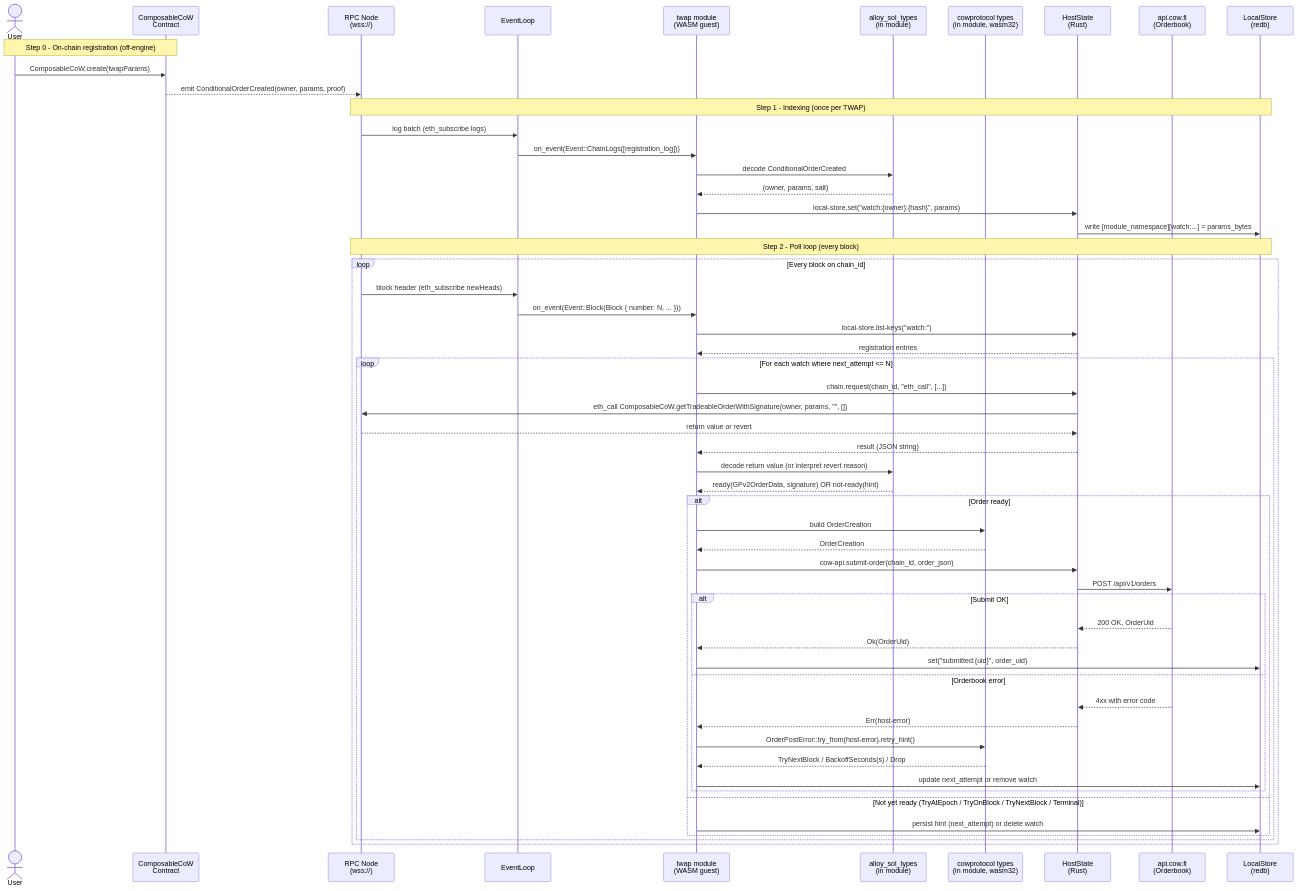
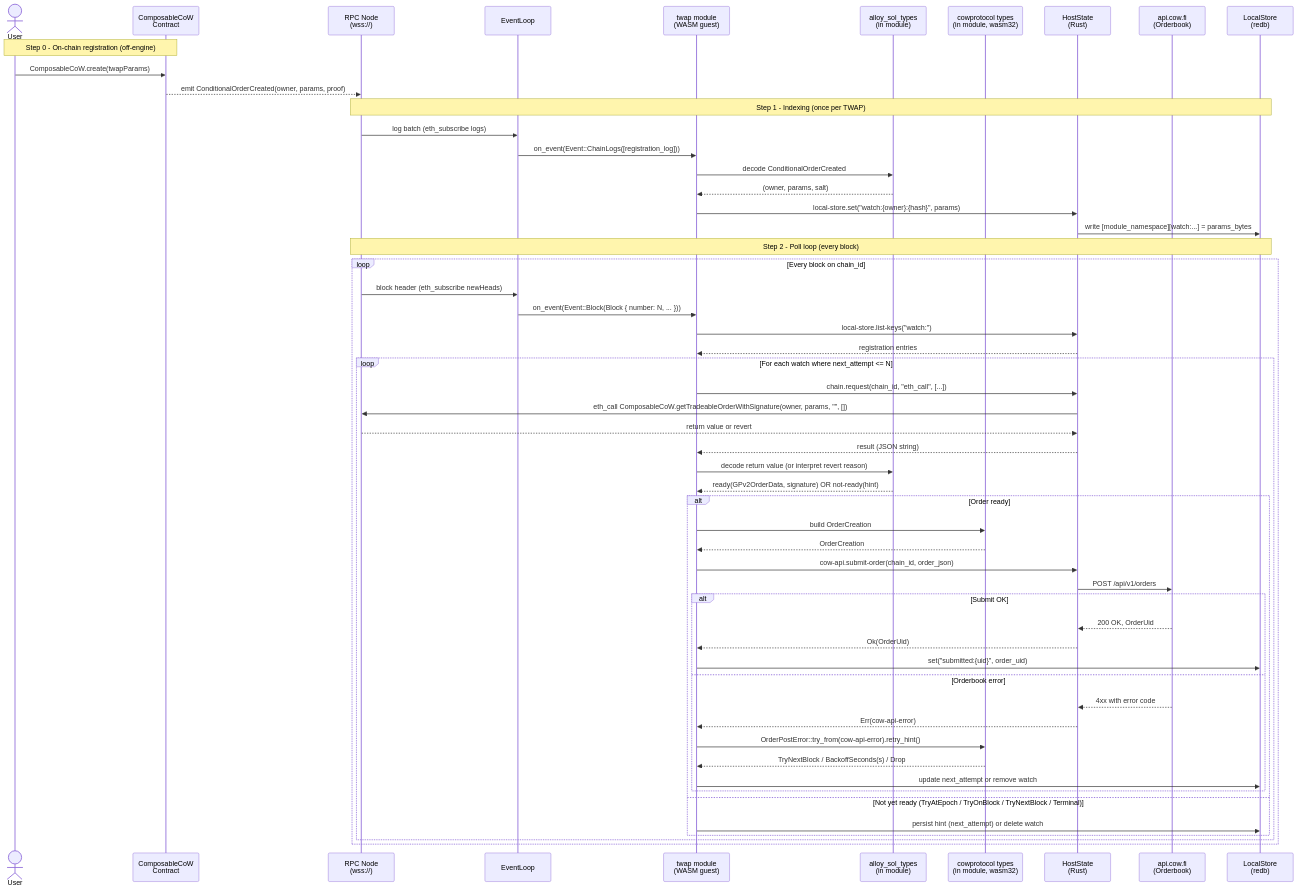
Before and after one commit to nullislabs/shepherd: the fifth of 8 diagrams in docs/diagrams/diagrams.md, drawn with Mermaid. The commit also changed other lines of this file and 21 other files, not shown here.

````diff
--- a/docs/diagrams/diagrams.md
+++ b/docs/diagrams/diagrams.md
@@ -247,62 +247,62 @@
 ```mermaid
 sequenceDiagram
     actor User
     participant CC as ComposableCoW<br/>Contract
     participant RPC as RPC Node<br/>(wss://)
     participant EL as EventLoop
     participant TM as twap module<br/>(WASM guest)
     participant SD as alloy_sol_types<br/>(in module)
     participant CR as cowprotocol types<br/>(in module, wasm32)
     participant HS as HostState<br/>(Rust)
     participant OB as api.cow.fi<br/>(Orderbook)
     participant LS as LocalStore<br/>(redb)
 
     Note over User,CC: Step 0 - On-chain registration (off-engine)
     User->>CC: ComposableCoW.create(twapParams)
     CC-->>RPC: emit ConditionalOrderCreated(owner, params, proof)
 
     Note over RPC,LS: Step 1 - Indexing (once per TWAP)
     RPC->>EL: log batch (eth_subscribe logs)
     EL->>TM: on_event(Event::ChainLogs([registration_log]))
     TM->>SD: decode ConditionalOrderCreated
     SD-->>TM: (owner, params, salt)
     TM->>HS: local-store.set("watch:{owner}:{hash}", params)
     HS->>LS: write [module_namespace][watch:...] = params_bytes
 
     Note over RPC,LS: Step 2 - Poll loop (every block)
     loop Every block on chain_id
         RPC->>EL: block header (eth_subscribe newHeads)
         EL->>TM: on_event(Event::Block(Block { number: N, ... }))
         TM->>HS: local-store.list-keys("watch:")
         HS-->>TM: registration entries
 
         loop For each watch where next_attempt <= N
             TM->>HS: chain.request(chain_id, "eth_call", [...])
             HS->>RPC: eth_call ComposableCoW.getTradeableOrderWithSignature(owner, params, "", [])
             RPC-->>HS: return value or revert
             HS-->>TM: result (JSON string)
             TM->>SD: decode return value (or interpret revert reason)
             SD-->>TM: ready(GPv2OrderData, signature) OR not-ready(hint)
 
             alt Order ready
                 TM->>CR: build OrderCreation
                 CR-->>TM: OrderCreation
                 TM->>HS: cow-api.submit-order(chain_id, order_json)
                 HS->>OB: POST /api/v1/orders
                 alt Submit OK
                     OB-->>HS: 200 OK, OrderUid
                     HS-->>TM: Ok(OrderUid)
                     TM->>LS: set("submitted:{uid}", order_uid)
                 else Orderbook error
                     OB-->>HS: 4xx with error code
-                    HS-->>TM: Err(host-error)
-                    TM->>CR: OrderPostError::try_from(host-error).retry_hint()
+                    HS-->>TM: Err(cow-api-error)
+                    TM->>CR: OrderPostError::try_from(cow-api-error).retry_hint()
                     CR-->>TM: TryNextBlock / BackoffSeconds(s) / Drop
                     TM->>LS: update next_attempt or remove watch
                 end
             else Not yet ready (TryAtEpoch / TryOnBlock / TryNextBlock / Terminal)
                 TM->>LS: persist hint (next_attempt) or delete watch
             end
         end
     end
 ```
````
